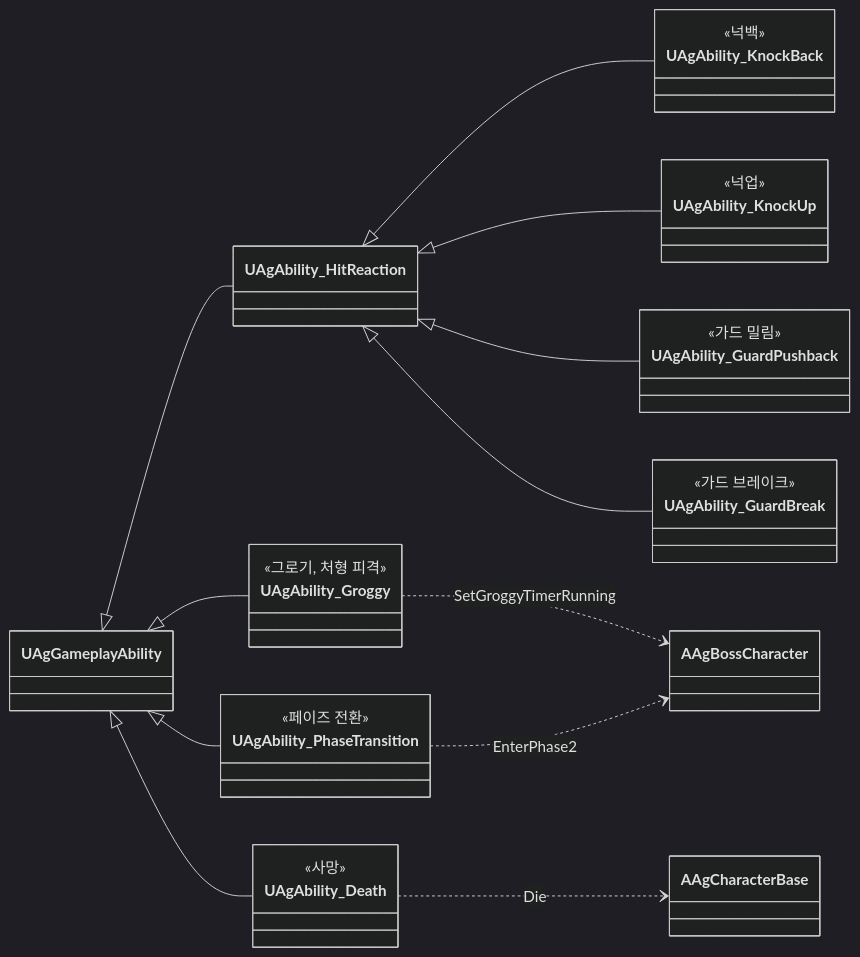
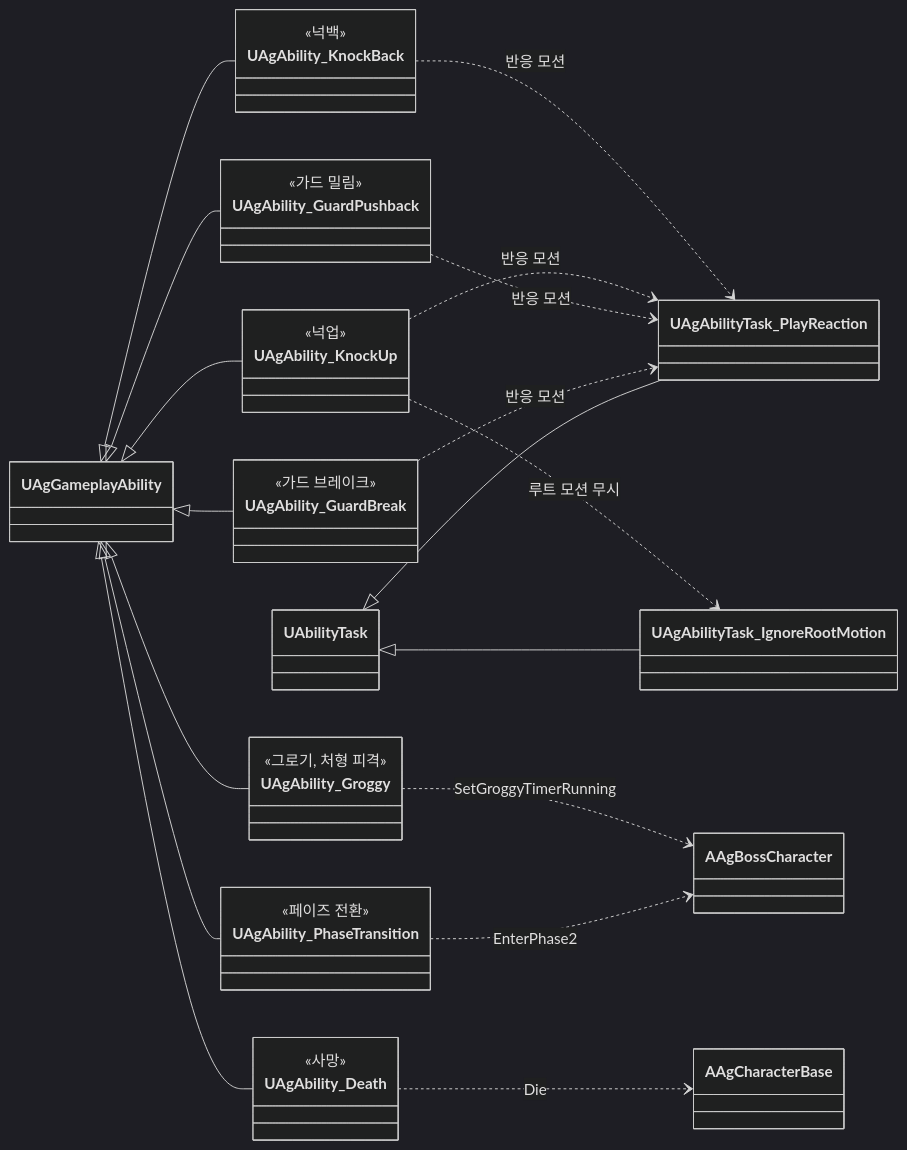
The seventh of 21 diagrams in Docs/Program/클래스 구조도.md (Woogl/Ag), drawn with Mermaid (dark theme) before and after one commit. The commit also changed other lines of this file and 122 other files, not shown here.

````diff
--- a/Docs/Program/클래스 구조도.md
+++ b/Docs/Program/클래스 구조도.md
@@ -248,37 +270,43 @@
 ```mermaid
 classDiagram
     direction LR
     class UAgAbility_KnockBack {
         <<넉백>>
     }
     class UAgAbility_KnockUp {
         <<넉업>>
     }
     class UAgAbility_GuardPushback {
         <<가드 밀림>>
     }
     class UAgAbility_GuardBreak {
         <<가드 브레이크>>
     }
     class UAgAbility_Groggy {
         <<그로기, 처형 피격>>
     }
     class UAgAbility_PhaseTransition {
         <<페이즈 전환>>
     }
     class UAgAbility_Death {
         <<사망>>
     }
-    UAgGameplayAbility <|-- UAgAbility_HitReaction
-    UAgAbility_HitReaction <|-- UAgAbility_KnockBack
-    UAgAbility_HitReaction <|-- UAgAbility_KnockUp
-    UAgAbility_HitReaction <|-- UAgAbility_GuardPushback
-    UAgAbility_HitReaction <|-- UAgAbility_GuardBreak
+    UAgGameplayAbility <|-- UAgAbility_KnockBack
+    UAgGameplayAbility <|-- UAgAbility_KnockUp
+    UAgGameplayAbility <|-- UAgAbility_GuardPushback
+    UAgGameplayAbility <|-- UAgAbility_GuardBreak
     UAgGameplayAbility <|-- UAgAbility_Groggy
     UAgGameplayAbility <|-- UAgAbility_PhaseTransition
     UAgGameplayAbility <|-- UAgAbility_Death
 
+    UAgAbility_KnockBack ..> UAgAbilityTask_PlayReaction : 반응 모션
+    UAgAbility_KnockUp ..> UAgAbilityTask_PlayReaction : 반응 모션
+    UAgAbility_GuardPushback ..> UAgAbilityTask_PlayReaction : 반응 모션
+    UAgAbility_GuardBreak ..> UAgAbilityTask_PlayReaction : 반응 모션
+    UAgAbility_KnockUp ..> UAgAbilityTask_IgnoreRootMotion : 루트 모션 무시
+    UAbilityTask <|-- UAgAbilityTask_PlayReaction
+    UAbilityTask <|-- UAgAbilityTask_IgnoreRootMotion
     UAgAbility_Groggy ..> AAgBossCharacter : SetGroggyTimerRunning
     UAgAbility_PhaseTransition ..> AAgBossCharacter : EnterPhase2
     UAgAbility_Death ..> AAgCharacterBase : Die
 ```
````
